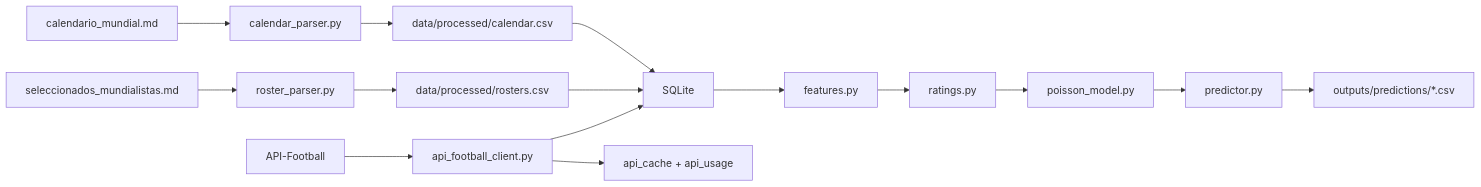
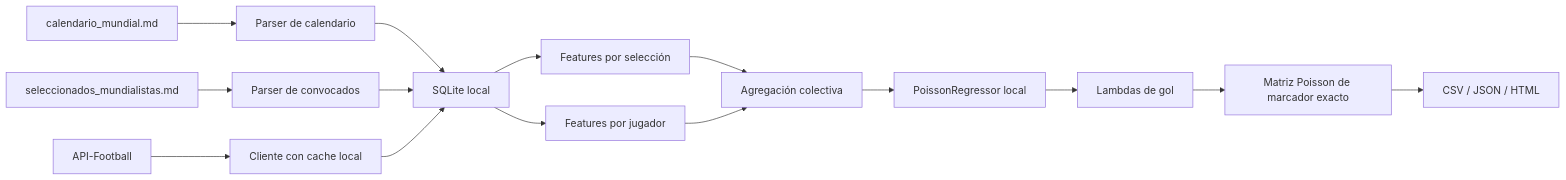
The first of 3 diagrams in README.md (GtzRicky/pronosticador-mundial-2026), drawn with Mermaid before and after one commit. The commit also changed other lines of this file and 17 other files, not shown here.

````diff
--- a/README.md
+++ b/README.md
@@ -28,17 +73,17 @@
 ```mermaid
 flowchart LR
-    A[calendario_mundial.md] --> B[calendar_parser.py]
-    C[seleccionados_mundialistas.md] --> D[roster_parser.py]
-    B --> E[data/processed/calendar.csv]
-    D --> F[data/processed/rosters.csv]
-    E --> G[SQLite]
-    F --> G
-    H[API-Football] --> I[api_football_client.py]
-    I --> J[api_cache + api_usage]
-    I --> G
-    G --> K[features.py]
-    K --> L[ratings.py]
-    L --> M[poisson_model.py]
-    M --> N[predictor.py]
-    N --> O[outputs/predictions/*.csv]
+    A[calendario_mundial.md] --> B[Parser de calendario]
+    C[seleccionados_mundialistas.md] --> D[Parser de convocados]
+    B --> E[SQLite local]
+    D --> E
+    F[API-Football] --> G[Cliente con cache local]
+    G --> E
+    E --> H[Features por selección]
+    E --> I[Features por jugador]
+    H --> J[Agregación colectiva]
+    I --> J
+    J --> K[PoissonRegressor local]
+    K --> L[Lambdas de gol]
+    L --> M[Matriz Poisson de marcador exacto]
+    M --> N[CSV / JSON / HTML]
 ```
````
